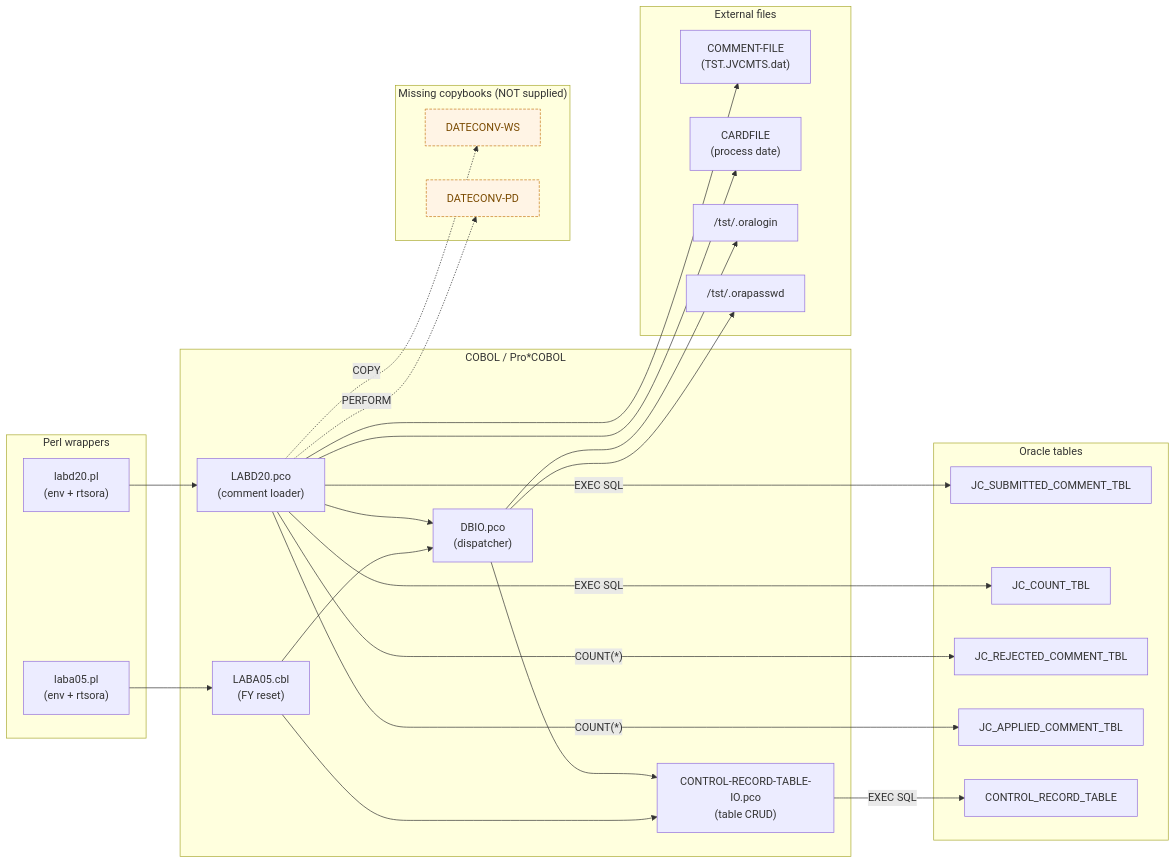
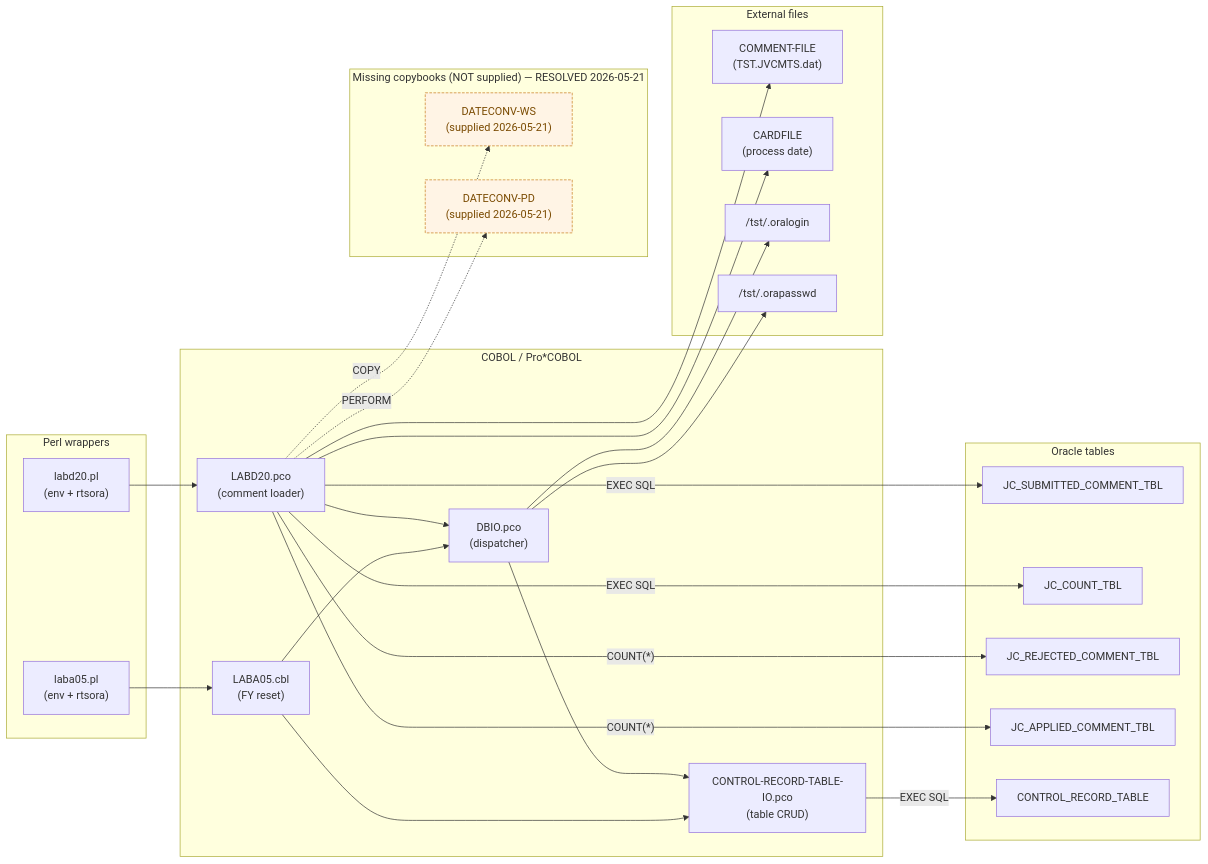
Before and after one commit to COG-GTM/Guidehouse-Cobol-VA: the first of 3 diagrams in migration/analysis/dependency-map-detailed.md, drawn with Mermaid. The commit also changed other lines of this file and 13 other files, not shown here.

````diff
--- a/migration/analysis/dependency-map-detailed.md
+++ b/migration/analysis/dependency-map-detailed.md
@@ -16,60 +18,60 @@
 ```mermaid
 flowchart LR
     subgraph perl["Perl wrappers"]
         LABD20_pl["labd20.pl<br/>(env + rtsora)"]
         LABA05_pl["laba05.pl<br/>(env + rtsora)"]
     end
 
     subgraph cobol["COBOL / Pro*COBOL"]
         LABD20["LABD20.pco<br/>(comment loader)"]
         LABA05["LABA05.cbl<br/>(FY reset)"]
         DBIO["DBIO.pco<br/>(dispatcher)"]
         CRT_IO["CONTROL-RECORD-TABLE-IO.pco<br/>(table CRUD)"]
     end
 
-    subgraph missing["Missing copybooks (NOT supplied)"]
-        DC_WS["DATECONV-WS"]
-        DC_PD["DATECONV-PD"]
+    subgraph missing["Missing copybooks (NOT supplied) — RESOLVED 2026-05-21"]
+        DC_WS["DATECONV-WS<br/>(supplied 2026-05-21)"]
+        DC_PD["DATECONV-PD<br/>(supplied 2026-05-21)"]
     end
 
     subgraph files["External files"]
         COMMENT["COMMENT-FILE<br/>(TST.JVCMTS.dat)"]
         CARDFILE["CARDFILE<br/>(process date)"]
         ORALOGIN["/tst/.oralogin"]
         ORAPASSWD["/tst/.orapasswd"]
     end
 
     subgraph oracle["Oracle tables"]
         JC_SUBMIT["JC_SUBMITTED_COMMENT_TBL"]
         JC_COUNT["JC_COUNT_TBL"]
         JC_REJECT["JC_REJECTED_COMMENT_TBL"]
         JC_APPLY["JC_APPLIED_COMMENT_TBL"]
         CRT["CONTROL_RECORD_TABLE"]
     end
 
     LABD20_pl --> LABD20
     LABA05_pl --> LABA05
 
     LABD20 --> DBIO
     LABA05 --> DBIO
 
     LABD20 -. COPY .-> DC_WS
     LABD20 -. PERFORM .-> DC_PD
 
     DBIO --> CRT_IO
     DBIO --> ORALOGIN
     DBIO --> ORAPASSWD
 
     LABD20 --> COMMENT
     LABD20 --> CARDFILE
 
     LABD20 -- EXEC SQL --> JC_SUBMIT
     LABD20 -- EXEC SQL --> JC_COUNT
     LABD20 -- COUNT(*) --> JC_REJECT
     LABD20 -- COUNT(*) --> JC_APPLY
     CRT_IO -- EXEC SQL --> CRT
     LABA05 --> CRT_IO
 
     classDef miss fill:#fff4e5,stroke:#c87a1a,stroke-dasharray:4 2,color:#7a4a00
     class DC_WS,DC_PD miss
 ```
````
